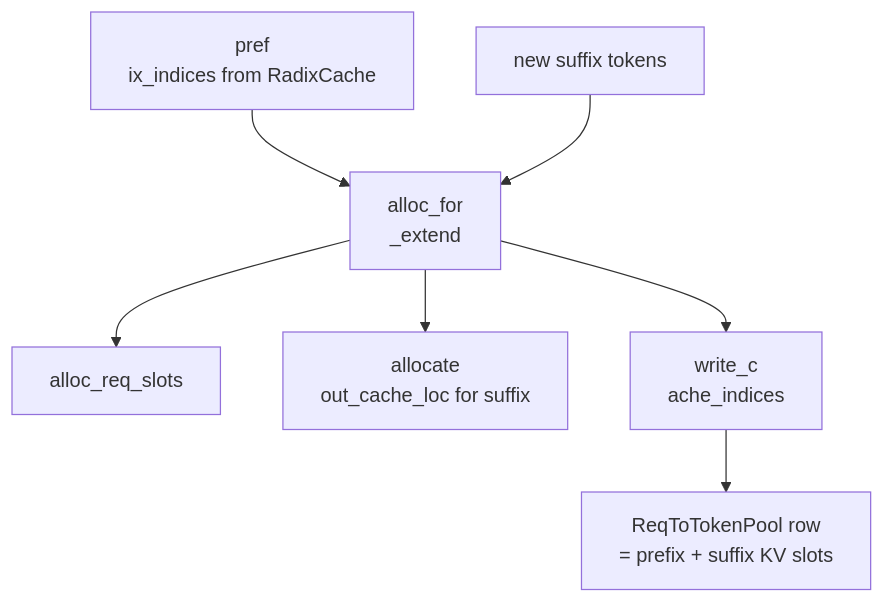
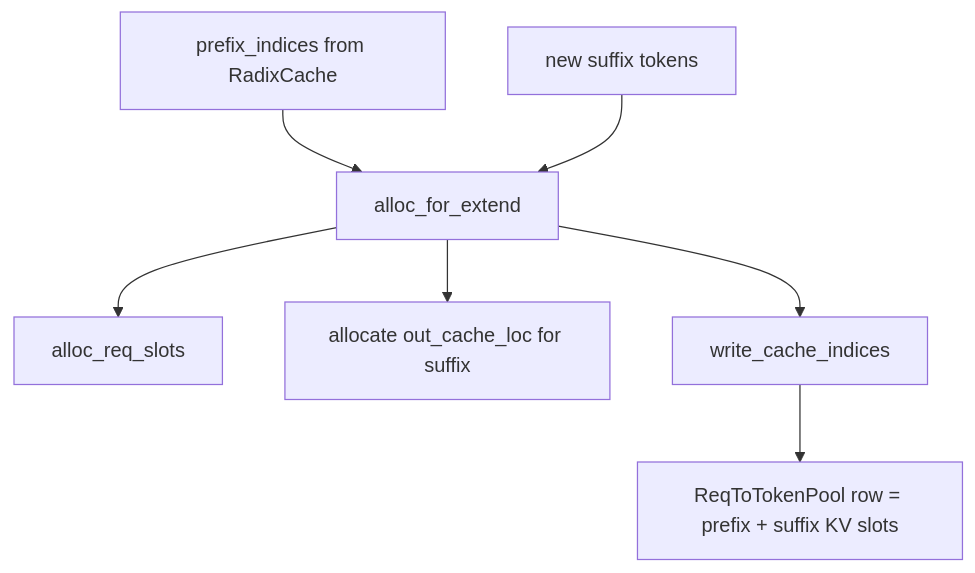
One commit to cl-vv-h/AI_Infra_Tutor_Page changed the seventh of 11 diagrams in src/data/sglang-content/sglang-source-reading/03-kv-cache-radix-cache.md. Above: the diagram before and after it, drawn with Mermaid. The commit also changed other lines of this file and 25 other files, not shown here.

Commit message:
Fix markdown rendering with react-markdown, add SGLang knowledge graph

````diff
--- a/src/data/sglang-content/sglang-source-reading/03-kv-cache-radix-cache.md
+++ b/src/data/sglang-content/sglang-source-reading/03-kv-cache-radix-cache.md
@@ -341,15 +153,9 @@
 ```mermaid
 flowchart TD
-  A["pref
-ix_indices from RadixCache"] --> B["alloc_for
-_extend"]
+  A["prefix_indices from RadixCache"] --> B["alloc_for_extend"]
   C["new suffix tokens"] --> B
-  B 
---> D["alloc_req_slots"]
-  B --> E["allocate 
-out_cache_loc for suffix"]
-  B --> F["write_c
-ache_indices"]
-  F --> G["ReqToTokenPool row 
-= prefix + suffix KV slots"]
+  B --> D["alloc_req_slots"]
+  B --> E["allocate out_cache_loc for suffix"]
+  B --> F["write_cache_indices"]
+  F --> G["ReqToTokenPool row = prefix + suffix KV slots"]
 ```
````
